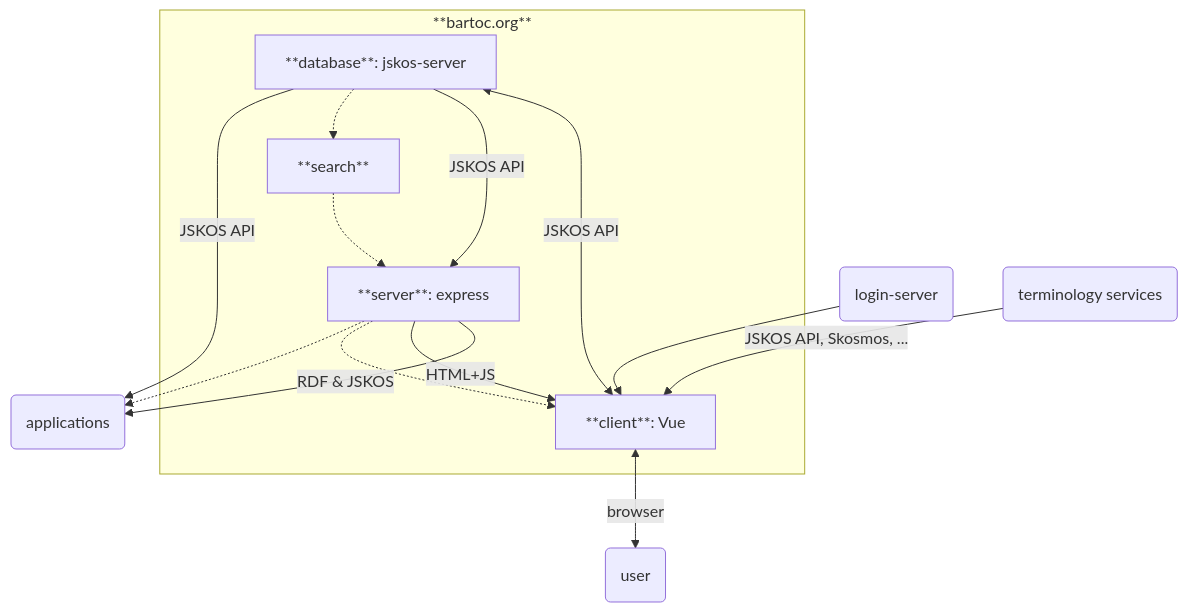
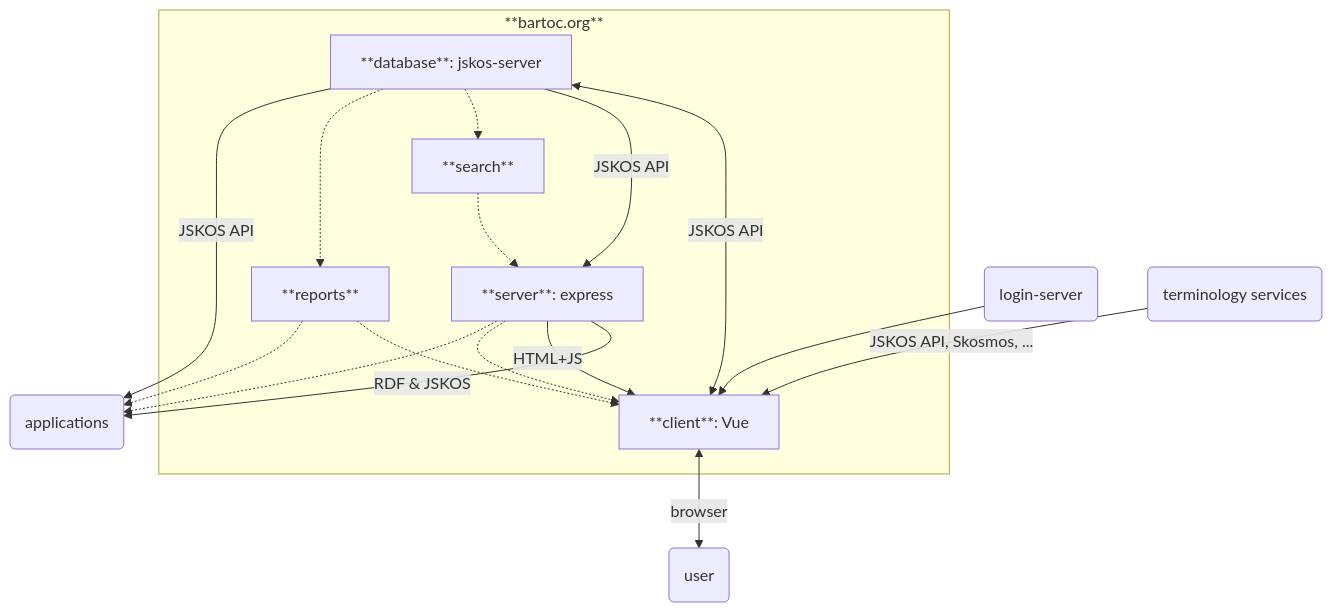
One commit to gbv/bartoc.org changed the diagram in README.md. Above: the diagram before and after it, drawn with Mermaid. The commit also changed other lines of this file, not shown here.

Commit message:
Update diagram

````diff
--- a/README.md
+++ b/README.md
@@ -87,23 +89,27 @@
 ```mermaid
 graph TD
     server[**server**: express]
     client[**client**: Vue]
     login(login-server)
     search[**search**]
     database[**database**: jskos-server]
     terminologies(terminology services)
     terminologies -- JSKOS API, Skosmos, ... --> client
     server -- RDF & JSKOS --> applications(applications)
     client <-- browser --> user(user)
     subgraph app [**bartoc.org**]
         database <-- JSKOS API --> client
         database -- JSKOS API --> server
         server -- HTML+JS --> client
         search -.-> server
         server -.-> client
         database -.-> search
+        reports[**reports**]
+        database -.-> reports
     end
+    server -.-> applications
     database -- JSKOS API --> applications
-    server -.-> applications
     login --> client
+    reports -.-> client
+    reports -.-> applications
 ```
````
